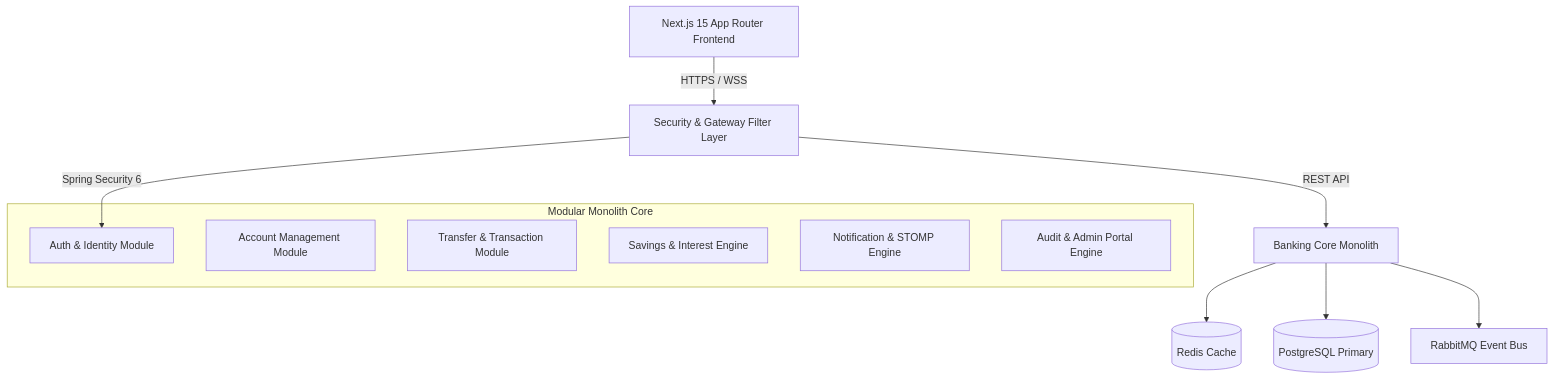
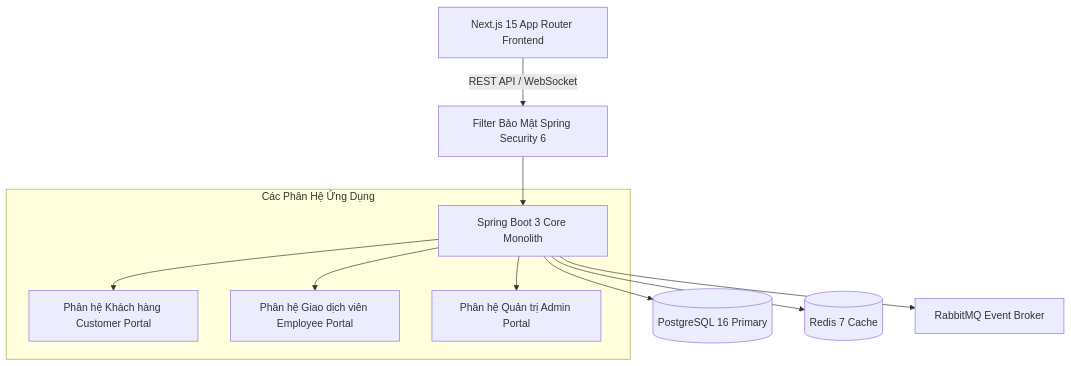
The diagram in docs/01-brd-business-requirements.md (leduy0203/digital-banking-platform), drawn with Mermaid before and after one commit. The commit also changed other lines of this file and 12 other files, not shown here.

````diff
--- a/docs/01-brd-business-requirements.md
+++ b/docs/01-brd-business-requirements.md
@@ -19,19 +19,15 @@
 ```mermaid
 graph TD
-    Client[Next.js 15 App Router Frontend] -->|HTTPS / WSS| Edge[Security & Gateway Filter Layer]
-    Edge -->|Spring Security 6| AuthModule[Auth & Identity Module]
-    Edge -->|REST API| CoreModule[Banking Core Monolith]
+    Client[Next.js 15 App Router Frontend] -->|REST API / WebSocket| SecurityLayer[Filter Bảo Mật Spring Security 6]
+    SecurityLayer --> ModularMonolith[Spring Boot 3 Core Monolith]
     
-    subgraph Modular Monolith Core
-        AuthModule
-        AccModule[Account Management Module]
-        TxModule[Transfer & Transaction Module]
-        SavingsModule[Savings & Interest Engine]
-        NotifModule[Notification & STOMP Engine]
-        AdminModule[Audit & Admin Portal Engine]
+    subgraph Các Phân Hệ Ứng Dụng
+        ModularMonolith --> CustomerPortal[Phân hệ Khách hàng Customer Portal]
+        ModularMonolith --> EmployeePortal[Phân hệ Giao dịch viên Employee Portal]
+        ModularMonolith --> AdminPortal[Phân hệ Quản trị Admin Portal]
     end
     
-    CoreModule --> Cache[(Redis Cache)]
-    CoreModule --> DB[(PostgreSQL Primary)]
-    CoreModule --> Broker[RabbitMQ Event Bus]
+    ModularMonolith --> DB[(PostgreSQL 16 Primary)]
+    ModularMonolith --> Cache[(Redis 7 Cache)]
+    ModularMonolith --> Broker[RabbitMQ Event Broker]
 ```
````
